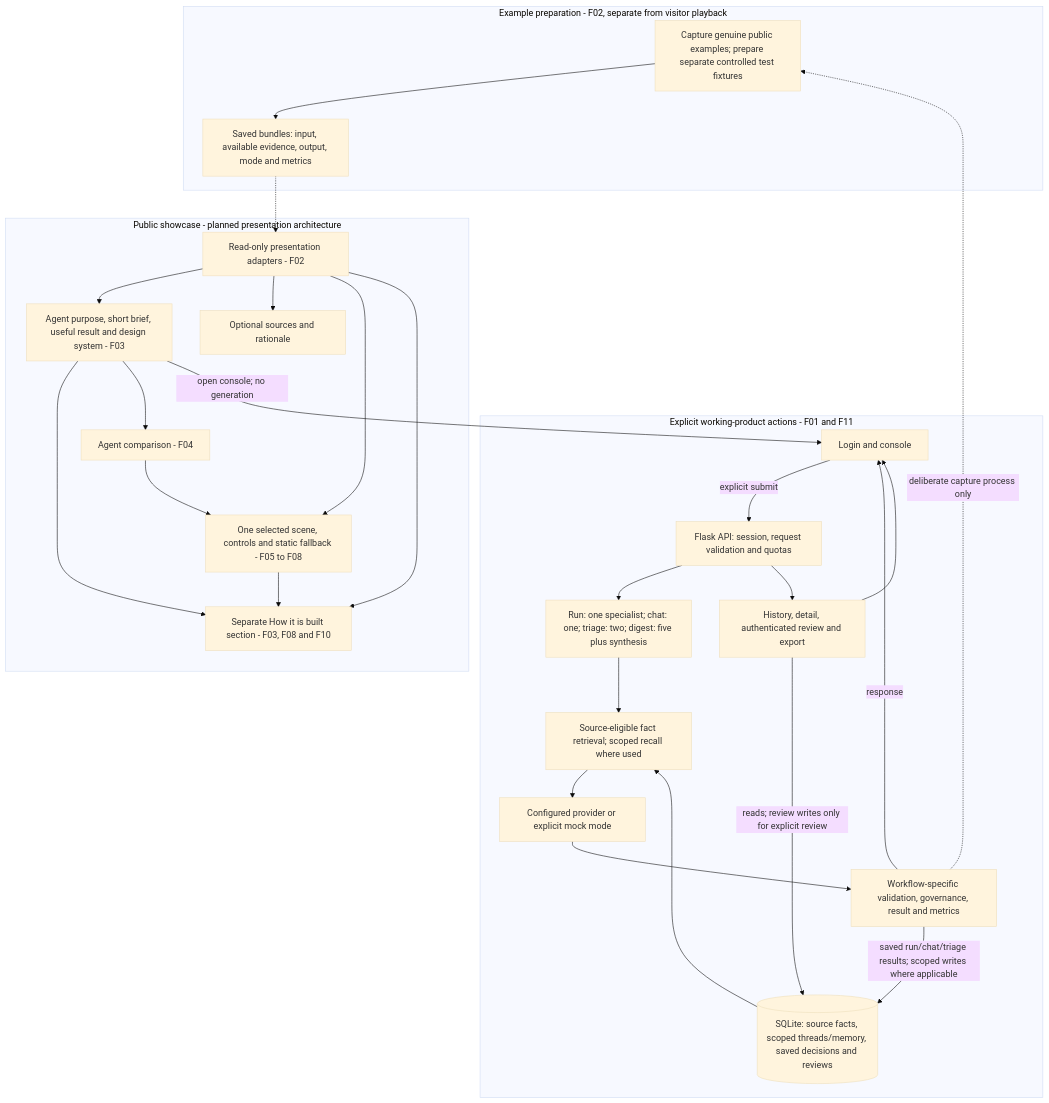
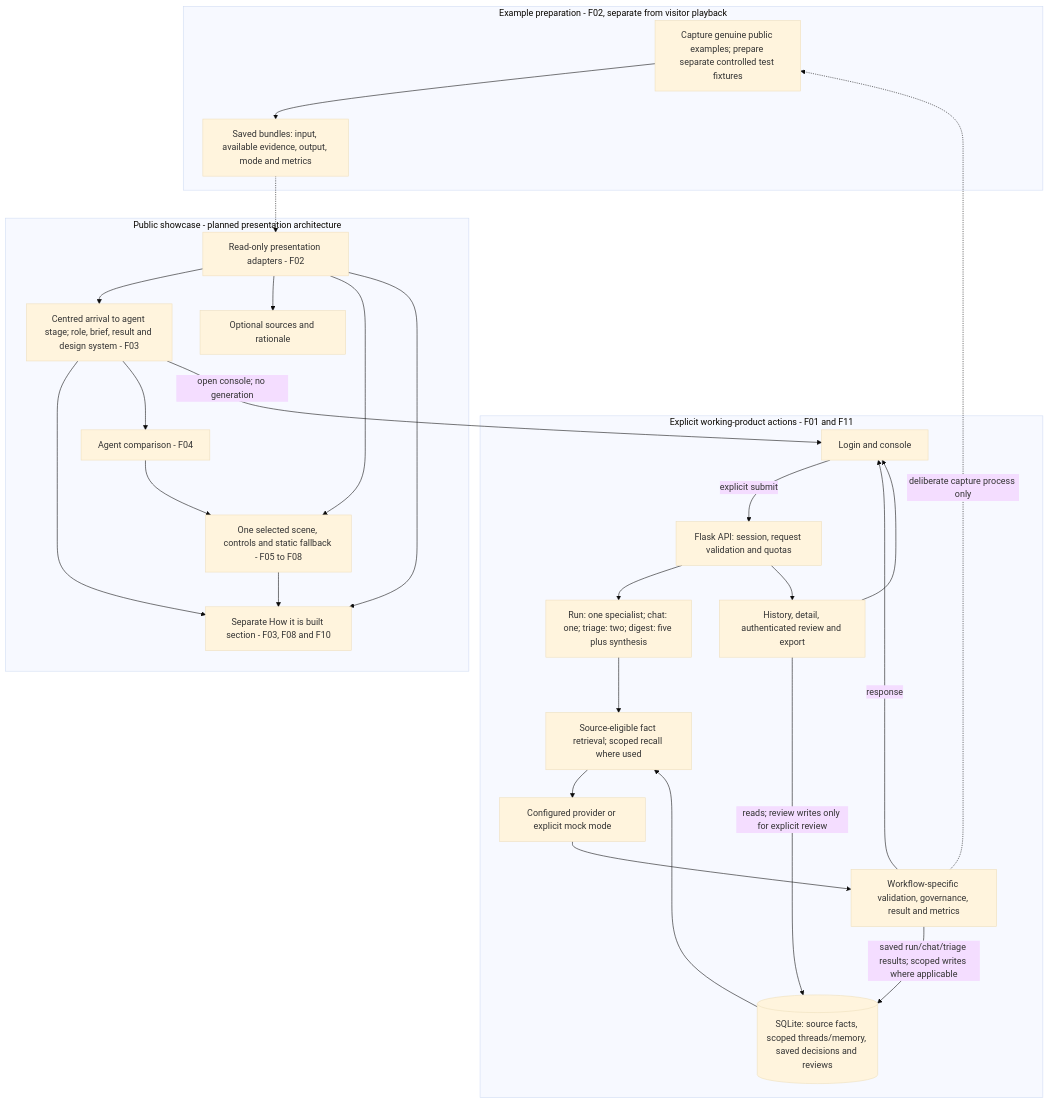
The first of 3 diagrams in docs/MARKETING_OS_BLUEPRINT_PLAN.md (namm9an/Marketing-OS), drawn with Mermaid (base theme) before and after one commit. The commit also changed other lines of this file and 2 other files, not shown here.

````diff
--- a/docs/MARKETING_OS_BLUEPRINT_PLAN.md
+++ b/docs/MARKETING_OS_BLUEPRINT_PLAN.md
@@ -360,48 +364,48 @@
 ```mermaid
 flowchart TB
     subgraph Preparation["Example preparation - F02, separate from visitor playback"]
         Capture["Capture genuine public examples; prepare separate controlled test fixtures"]
         Examples["Saved bundles: input, available evidence, output, mode and metrics"]
         Capture --> Examples
     end
     subgraph Public["Public showcase - planned presentation architecture"]
         Adapter["Read-only presentation adapters - F02"]
-        Page["Agent purpose, short brief, useful result and design system - F03"]
+        Page["Centred arrival to agent stage; role, brief, result and design system - F03"]
         Compare["Agent comparison - F04"]
         Scene["One selected scene, controls and static fallback - F05 to F08"]
         Support["Optional sources and rationale"]
         Inspect["Separate How it is built section - F03, F08 and F10"]
         Examples -.-> Adapter
         Adapter --> Page
         Adapter --> Support
         Page --> Inspect
         Page --> Compare
         Compare --> Scene
         Adapter --> Scene
         Adapter --> Inspect
         Scene --> Inspect
     end
     subgraph Product["Explicit working-product actions - F01 and F11"]
         Console["Login and console"]
         API["Flask API: session, request validation and quotas"]
         Workflow["Run: one specialist; chat: one; triage: two; digest: five plus synthesis"]
         Context["Source-eligible fact retrieval; scoped recall where used"]
         Model["Configured provider or explicit mock mode"]
         Result["Workflow-specific validation, governance, result and metrics"]
         Store[("SQLite: source facts, scoped threads/memory, saved decisions and reviews")]
         ReadReview["History, detail, authenticated review and export"]
         Console -->|"explicit submit"| API
         API --> Workflow
         Workflow --> Context
         Store --> Context
         Context --> Model
         Model --> Result
         Result -->|"response"| Console
         Result -->|"saved run/chat/triage results; scoped writes where applicable"| Store
         API --> ReadReview
         ReadReview -->|"reads; review writes only for explicit review"| Store
         ReadReview --> Console
     end
     Page -->|"open console; no generation"| Console
     Result -.->|"deliberate capture process only"| Capture
 ```
````
